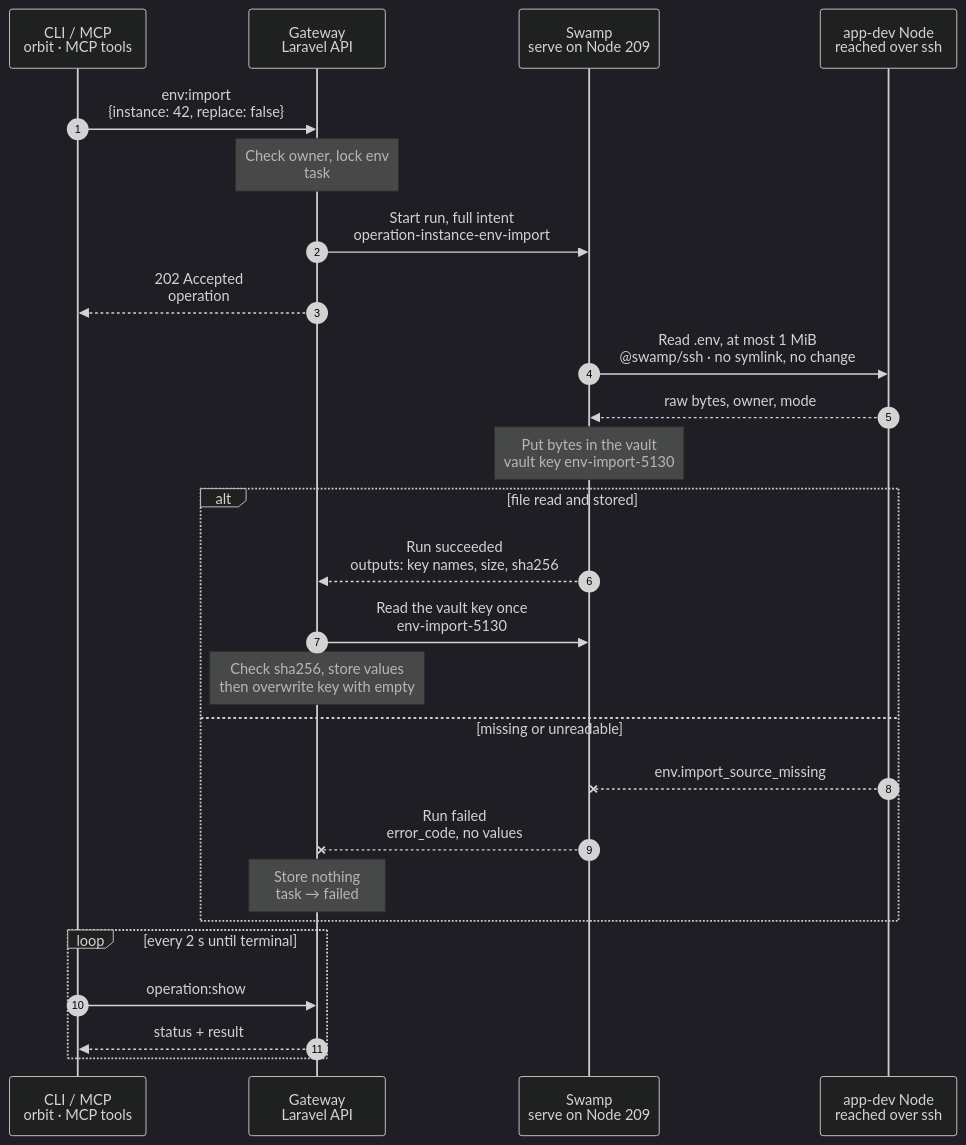
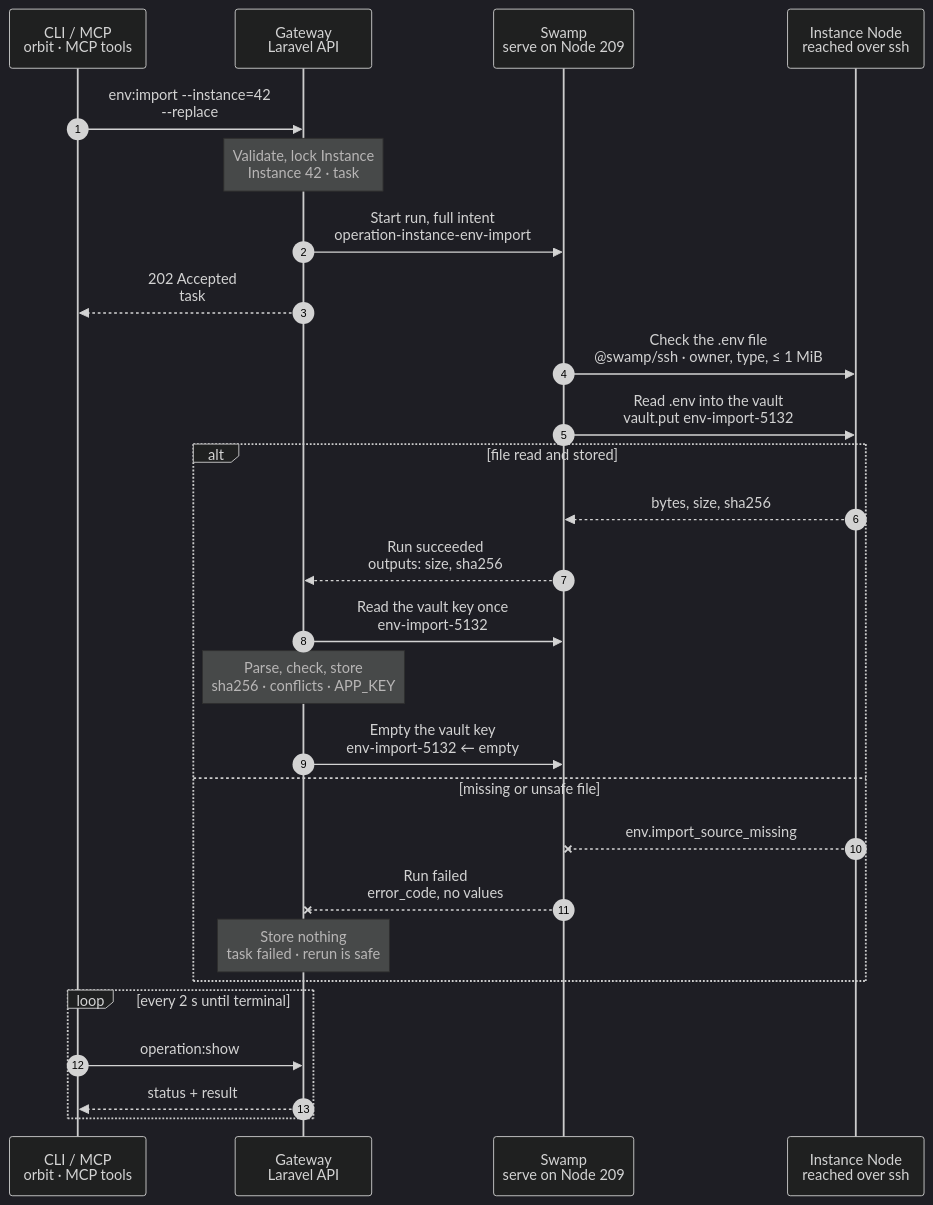
The diagram in docs/flows/instance.env_import.mmd (hardimpactdev/orbit), drawn with Mermaid (dark theme) before and after one commit. The commit also changed 10 other files, not shown here.

First line of the commit message:
docs(flows): wave 3 charts (dev Instance lifecycle, Project maintenance) (#2436)

```diff
--- a/docs/flows/instance.env_import.mmd
+++ b/docs/flows/instance.env_import.mmd
@@ -1,32 +1,116 @@
 sequenceDiagram
-  %% Target design: ADR 0244 task, decision swamp-vault-secrets (step output to a vault key), F9 import read rule; DECISIONS round 2 (env_import via vault key env-import-<operation_id>, no callback, overwrite with empty value).
+  %% Target design: ADR 0244 task, R2-R4, orbit-gateway-renders-create-env (Gateway owns .env), DECISIONS instance.env_import (vault key env-import-<operation_id>, read once, overwritten empty; retire agent command instance.read-environment). docs/reference/environment-variables.md#import.
   %% status: draft
+  %% command: env:import
   autonumber
   %% lane CLI icon=terminal pill=caller tone=gray
   %% lane GW icon=gateway pill=intent tone=blue
   %% lane SW icon=workflow pill=executes tone=green
   %% lane N icon=server pill=target tone=amber
   participant CLI as CLI / MCP<br/>orbit · MCP tools
   participant GW as Gateway<br/>Laravel API
   participant SW as Swamp<br/>serve on Node 209
-  participant N as app-dev Node<br/>reached over ssh
-  CLI->>GW: env:import<br/>{instance: 42, replace: false}
-  Note over GW: Check owner, lock env<br/>task #5130 · instance.env_import
+  participant N as Instance Node<br/>reached over ssh
+  CLI->>GW: env:import --instance=42<br/>--replace
+  %%> Command:
+  %%> - `orbit env:import --instance=42 --replace`
+  %%> - syntax: `env:import --instance=SELECTOR [--replace] [--json]`
+  %%> Input:
+  %%> - the Instance: a numeric Instance ID or the exact domain of its Route
+  %%> - optional `--replace`: file values replace stored keys with the same name
+  %%> Who can call it:
+  %%> - the `orbit` CLI and the MCP tool send the same request
+  %%> When to use it:
+  %%> - to adopt the `.env` of a registered checkout, or keys that someone added on the Node
+  %%> - this is the one place where environment values come from a Node
+  Note over GW: Validate, lock Instance<br/>Instance 42 · task #5132
+  %%> Requirements:
+  %%> - your Node has an access grant to Node 12, the Node of Instance 42
+  %%> - Instance 42 is active, with complete placement, and Node 12 is active
+  %%> - no other task holds Instance 42; the Gateway holds one lock per Instance and waits briefly for a busy one
+  %%> Result:
+  %%> - task #5132 recorded with the full intent and the `--replace` choice
+  %%> - nothing has happened on the Node yet
   GW->>SW: Start run, full intent<br/>operation-instance-env-import
-  GW-->>CLI: 202 Accepted<br/>operation #5130
-  SW->>N: Read .env, at most 1 MiB<br/>@swamp/ssh · no symlink, no change
-  N-->>SW: raw bytes, owner, mode
-  Note over SW: Put bytes in the vault<br/>vault key env-import-5130
+  %%> What it does:
+  %%> - starts one Swamp run on serve (Node 209)
+  %%> Inputs:
+  %%> - Node 12's address and SSH host keys; the SSH identity comes from the `swamp` role
+  %%> - the account and the `.env` path from the Instance's placement; the caller cannot choose them
+  %%> - the vault key to write: `env-import-5132`
+  GW-->>CLI: 202 Accepted<br/>task #5132
+  %%> What you get:
+  %%> - the task number, at once
+  %%> Next:
+  %%> - the CLI follows the task with `operation:show`
+  SW->>N: Check the .env file<br/>@swamp/ssh · owner, type, ≤ 1 MiB
+  %%> How:
+  %%> - Swamp reaches Node 12 over SSH from 209 with the official `@swamp/ssh` behavior
+  %%> What it does:
+  %%> - checks the account, the path, the file type and the owner, without following a link
+  %%> - checks the size: at most 1 MiB
+  %%> Not included:
+  %%> - never reads `.env.example`
+  SW->>N: Read .env into the vault<br/>vault.put env-import-5132
+  %%> What it does:
+  %%> - reads the raw bytes of `.env` and puts them in the vault key `env-import-5132`
+  %%> - changes nothing on the Node
+  %%> Why the vault:
+  %%> - values are secrets; they never enter run inputs, outputs or logs
+  %%> Not included:
+  %%> - parses nothing; the Gateway owns the import rules
   alt file read and stored
-    SW-->>GW: Run succeeded<br/>outputs: key names, size, sha256
-    GW->>SW: Read the vault key once<br/>env-import-5130
-    Note over GW: Check sha256, store values<br/>then overwrite key with empty
-  else missing or unreadable
+    N-->>SW: bytes, size, sha256
+    %%> Returns:
+    %%> - to the step only; the bytes go to the vault, not to the run outputs
+    SW-->>GW: Run succeeded<br/>outputs: size, sha256
+    %%> How the Gateway learns it:
+    %%> - its shared run reader sees the terminal event; Swamp never calls the Gateway
+    %%> Outputs:
+    %%> - the file size and its sha256, no values
+    GW->>SW: Read the vault key once<br/>env-import-5132
+    %%> What it does:
+    %%> - reads the bytes from Swamp's vault on Node 209, once
+    %%> Why:
+    %%> - this is the only direction change of R3: the values flow Node → vault → Gateway
+    Note over GW: Parse, check, store<br/>sha256 · conflicts · APP_KEY
+    %%> What it does:
+    %%> - checks the sha256 against the run output
+    %%> - parses the file as phpdotenv does: quotes, escapes, multiline values, expansion within the file
+    %%> - Laravel: stores `APP_URL` as `https://{{instance.domain}}`; an empty `APP_KEY` reuses the stored key or gets a new one
+    %%> Result:
+    %%> - the keys are stored encrypted; task #5132 succeeds with `changed` and the key count
+    %%> - without `--replace`, a key that is already stored stores nothing and fails the task (`env.import_conflict`)
+    %%> - a duplicate key or invalid syntax stores nothing (`env.configuration_invalid`)
+    %%> Not included:
+    %%> - the file on the Node stays the same; run `env:sync` to write it
+    GW->>SW: Empty the vault key<br/>env-import-5132 ← empty
+    %%> What it does:
+    %%> - overwrites the vault key with an empty value, also after a refused import
+    %%> Why:
+    %%> - Swamp has no vault delete; this is recorded in swamp-evaluation.md
+  else missing or unsafe file
     N--xSW: env.import_source_missing
+    %%> When:
+    %%> - the file is missing, a link, owned by another user, or over 1 MiB
+    %%> - SSH fails
     SW--xGW: Run failed<br/>error_code, no values
-    Note over GW: Store nothing<br/>task → failed
+    %%> The Gateway reads:
+    %%> - which step failed and its error code
+    Note over GW: Store nothing<br/>task failed · rerun is safe
+    %%> Result:
+    %%> - stored configuration stays as it was
+    %%> - task #5132 fails
+    %%> On the Node:
+    %%> - nothing changed
+    %%> Retry:
+    %%> - fix or restore the file, then run `env:import` again; it is a new task
   end
   loop every 2 s until terminal
-    CLI->>GW: operation:show #5130
+    CLI->>GW: operation:show #5132
+    %%> What it does:
+    %%> - asks for the task's status every 2 seconds until it has ended
     GW-->>CLI: status + result
+    %%> Returns:
+    %%> - the current status, and the result once the task has ended
   end
```
